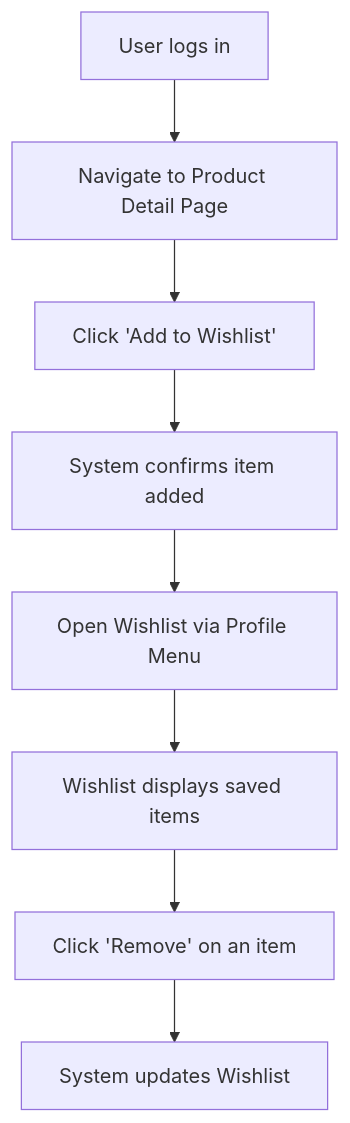
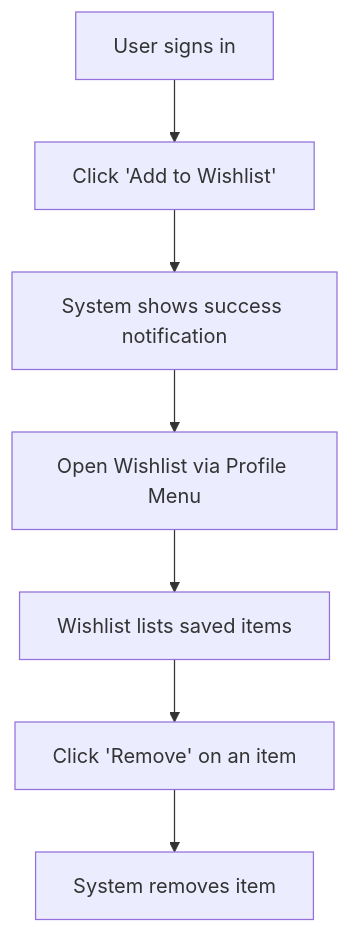
The diagram in docs/se/documentation/examples/feature-spec.mdx (lamhq/cheat-sheet), drawn with Mermaid before and after one commit. The commit also changed other lines of this file and 2 other files, not shown here.

````diff
--- a/docs/se/documentation/examples/feature-spec.mdx
+++ b/docs/se/documentation/examples/feature-spec.mdx
@@ -26,10 +31,9 @@
 ```mermaid
 flowchart TD
-    A[User logs in] --> B[Navigate to Product Detail Page]
-    B --> C["Click 'Add to Wishlist'"]
-    C --> D[System confirms item added]
-    D --> E[Open Wishlist via Profile Menu]
-    E --> F[Wishlist displays saved items]
-    F --> G["Click 'Remove' on an item"]
-    G --> H[System updates Wishlist]
+    A[User signs in] --> B["Click 'Add to Wishlist'"]
+    B --> C[System shows success notification]
+    C --> D[Open Wishlist via Profile Menu]
+    D --> E[Wishlist lists saved items]
+    E --> F["Click 'Remove' on an item"]
+    F --> G[System removes item]
 ```
````
